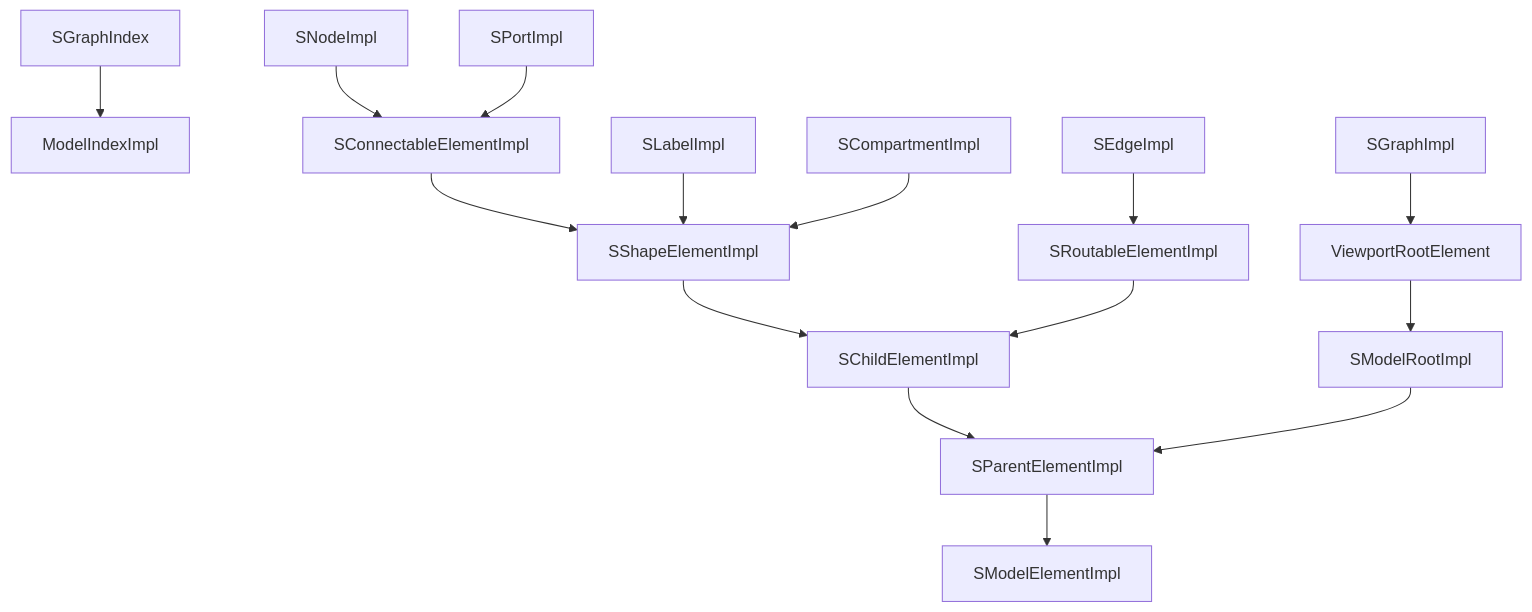
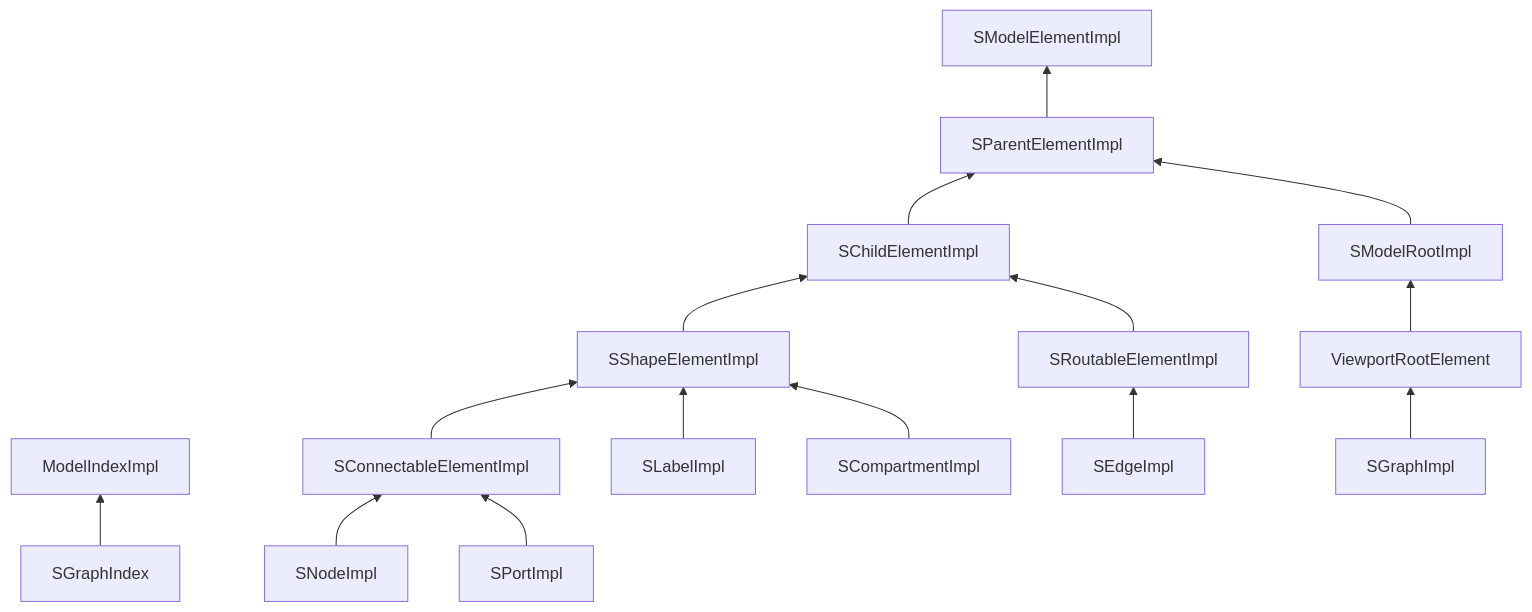
The diagram in hugo/content/docs/smodel.md (eclipse-sprotty/sprotty-website), drawn with Mermaid before and after one commit. The commit also changed other lines of this file, not shown here.

```diff
--- a/hugo/content/docs/smodel.md
+++ b/hugo/content/docs/smodel.md
@@ -263,34 +24,34 @@
 {{< mermaid class="text-center">}}
-flowchart TD;
+flowchart BT;
 SModelElementImpl
 SParentElementImpl
 SChildElementImpl
 SModelRootImpl
 ModelIndexImpl
 SGraphImpl
 ViewportRootElement
 SNodeImpl
 SConnectableElementImpl
 SShapeElementImpl
 SPortImpl
 SEdgeImpl
 SRoutableElementImpl
 SLabelImpl
 SCompartmentImpl
 SGraphIndex
 
 SParentElementImpl --> SModelElementImpl
 SChildElementImpl --> SParentElementImpl
 SModelRootImpl --> SParentElementImpl
 SGraphImpl --> ViewportRootElement
 ViewportRootElement --> SModelRootImpl
 SNodeImpl --> SConnectableElementImpl
 SConnectableElementImpl --> SShapeElementImpl
 SShapeElementImpl --> SChildElementImpl
 SPortImpl --> SConnectableElementImpl
 SEdgeImpl --> SRoutableElementImpl
 SRoutableElementImpl --> SChildElementImpl
 SLabelImpl --> SShapeElementImpl
 SCompartmentImpl --> SShapeElementImpl
 SGraphIndex --> ModelIndexImpl
 {{< /mermaid>}}
```
